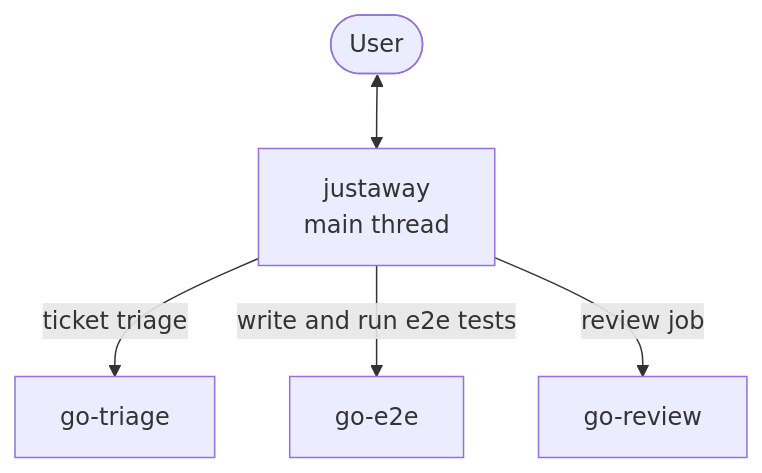
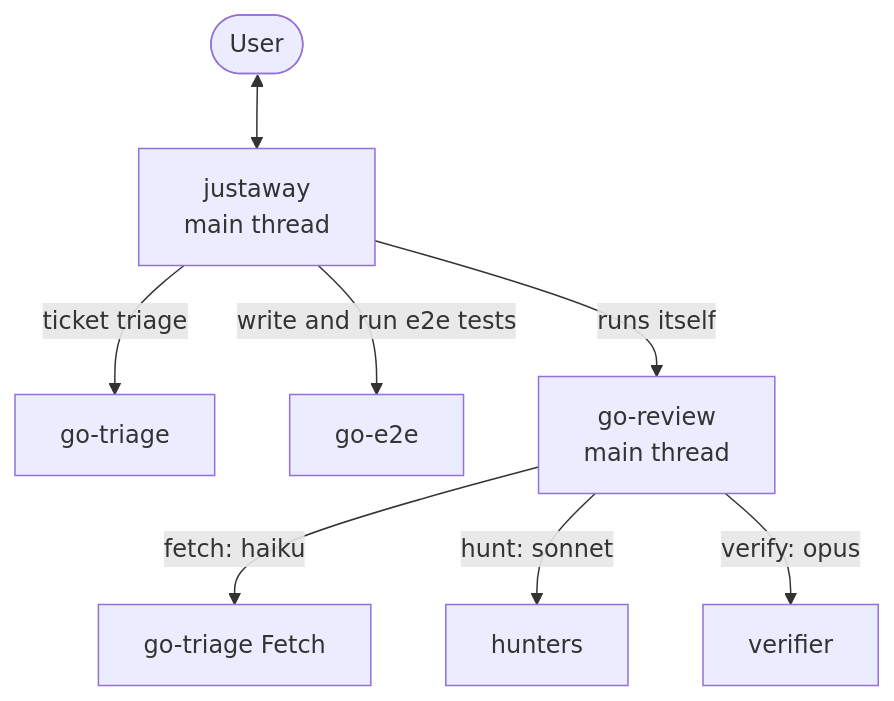
One commit to le0u0/just-do-it changed the first of 3 diagrams in docs/architecture/ARCHITECTURE.md. Above: the diagram before and after it, drawn with Mermaid. The commit also changed other lines of this file and 13 other files, not shown here.

Commit message:
docs: turn skill docs into tables and mermaid diagrams

````diff
--- a/docs/architecture/ARCHITECTURE.md
+++ b/docs/architecture/ARCHITECTURE.md
@@ -11,7 +13,10 @@
 ```mermaid
 flowchart TD
     U([User]) <--> M[justaway<br/>main thread]
     M -->|ticket triage| H[go-triage]
     M -->|write and run e2e tests| E[go-e2e]
-    M -->|review job| R[go-review]
+    M -->|runs itself| R[go-review<br/>main thread]
+    R -->|fetch: haiku| H2[go-triage Fetch]
+    R -->|hunt: sonnet| HU[hunters]
+    R -->|verify: opus| V[verifier]
 ```
````
